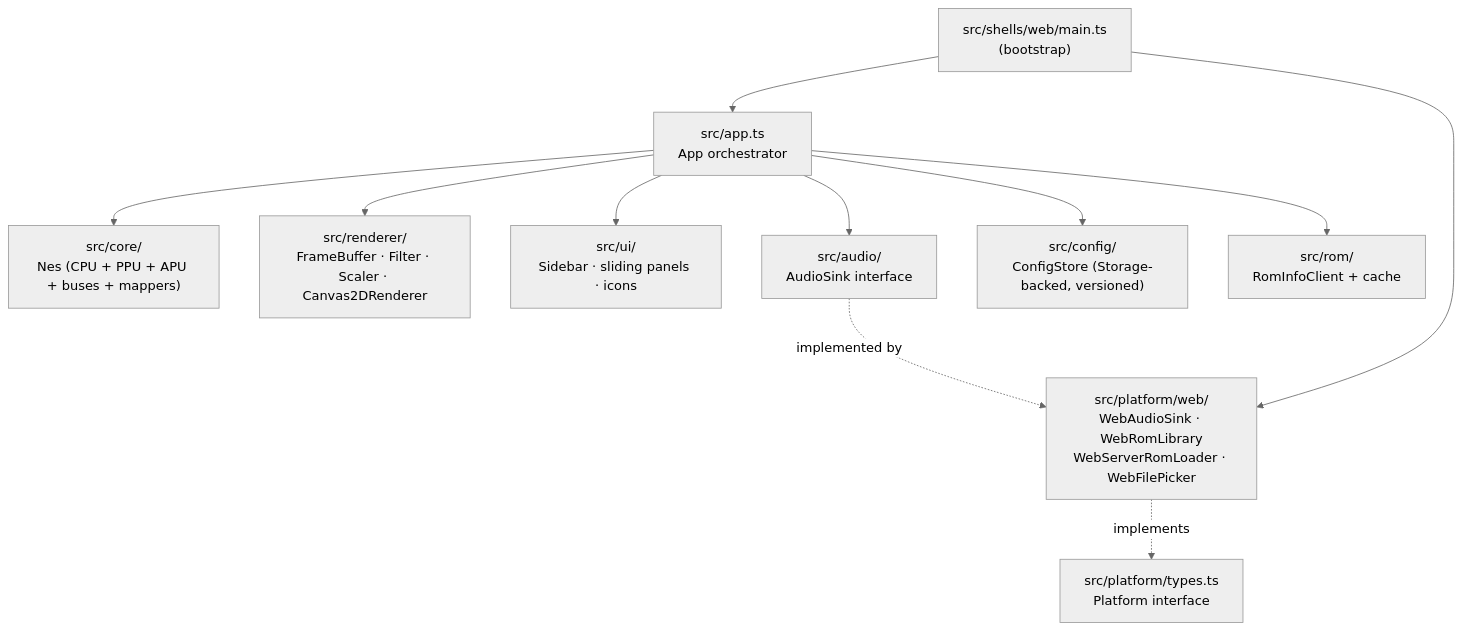
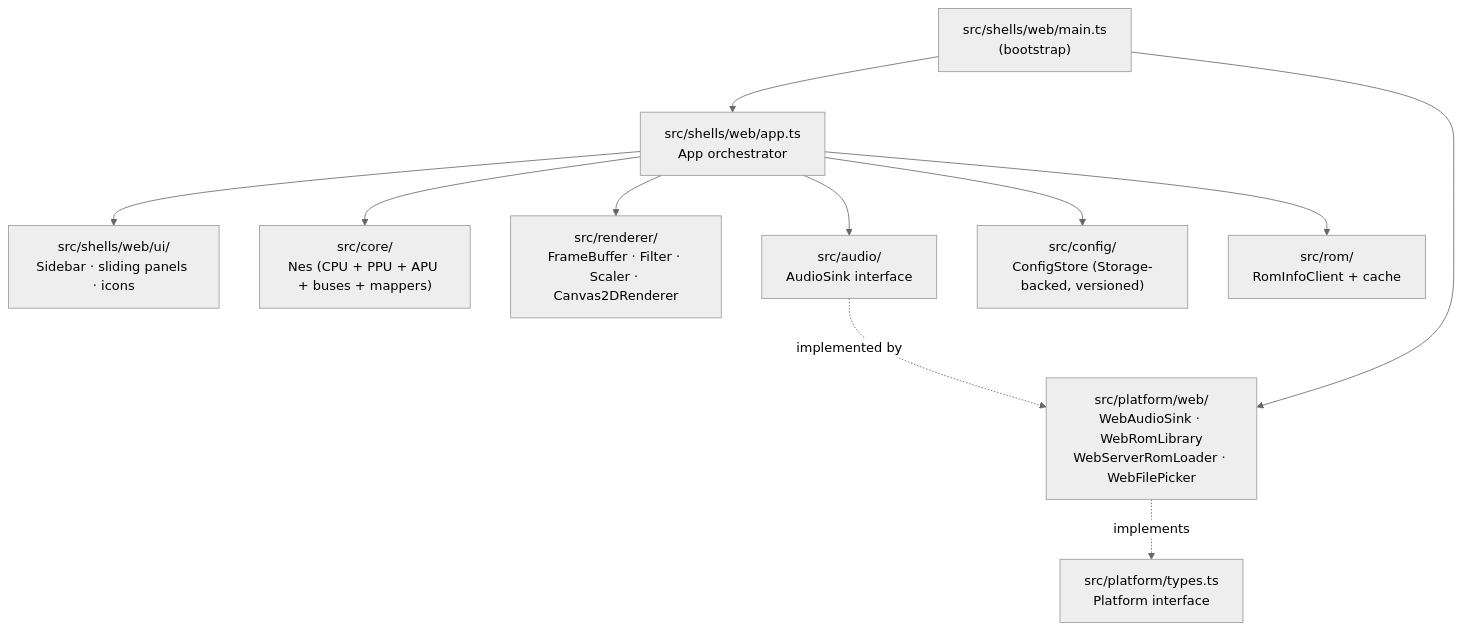
One commit to DaJungle79/poncho changed the second of 2 diagrams in docs/architecture.md. Above: the diagram before and after it, drawn with Mermaid (neutral theme). The commit also changed other lines of this file and 18 other files, not shown here.

First line of the commit message:
Move app.ts and ui/ under src/shells/web/

````diff
--- a/docs/architecture.md
+++ b/docs/architecture.md
@@ -37,13 +37,13 @@
 ```mermaid
 flowchart TD
-    Shell["src/shells/web/main.ts<br/>(bootstrap)"] --> App["src/app.ts<br/>App orchestrator"]
-    Shell --> Platform["src/platform/web/<br/>WebAudioSink · WebRomLibrary<br/>WebServerRomLoader · WebFilePicker"]
+    Main["src/shells/web/main.ts<br/>(bootstrap)"] --> App["src/shells/web/app.ts<br/>App orchestrator"]
+    Main --> Platform["src/platform/web/<br/>WebAudioSink · WebRomLibrary<br/>WebServerRomLoader · WebFilePicker"]
+    App --> UI["src/shells/web/ui/<br/>Sidebar · sliding panels · icons"]
     App --> Core["src/core/<br/>Nes (CPU + PPU + APU + buses + mappers)"]
     App --> Renderer["src/renderer/<br/>FrameBuffer · Filter · Scaler · Canvas2DRenderer"]
-    App --> UI["src/ui/<br/>Sidebar · sliding panels · icons"]
     App --> Audio["src/audio/<br/>AudioSink interface"]
     App --> Config["src/config/<br/>ConfigStore (Storage-backed, versioned)"]
     App --> Rom["src/rom/<br/>RomInfoClient + cache"]
     Platform -. "implements" .-> PlatformIface["src/platform/types.ts<br/>Platform interface"]
     Audio -. "implemented by" .-> Platform
 ```
````
